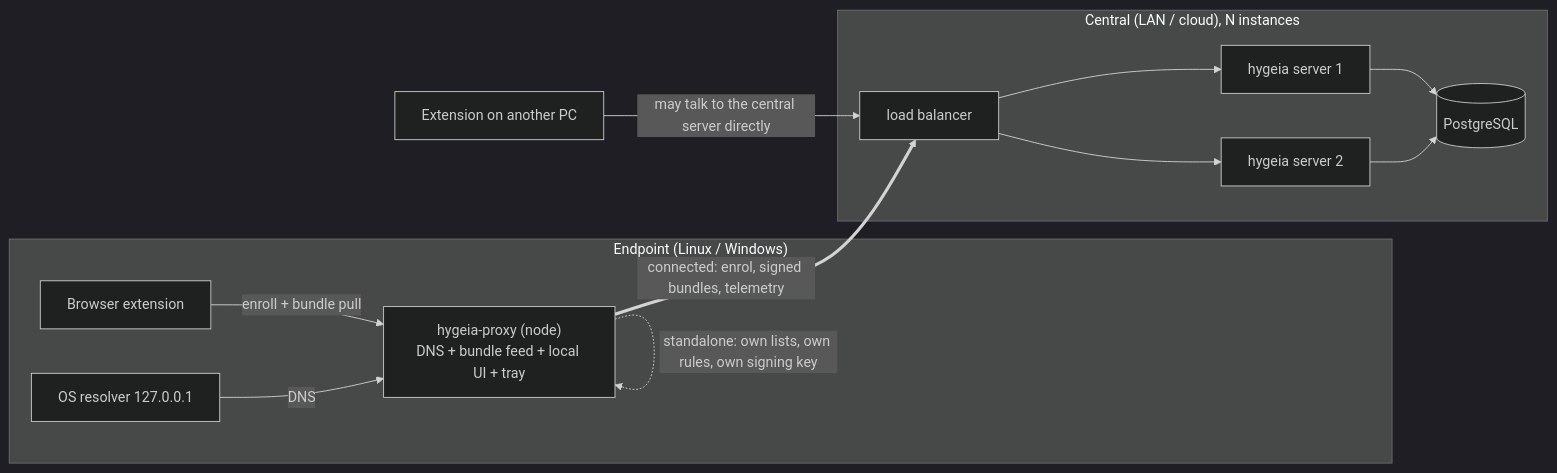
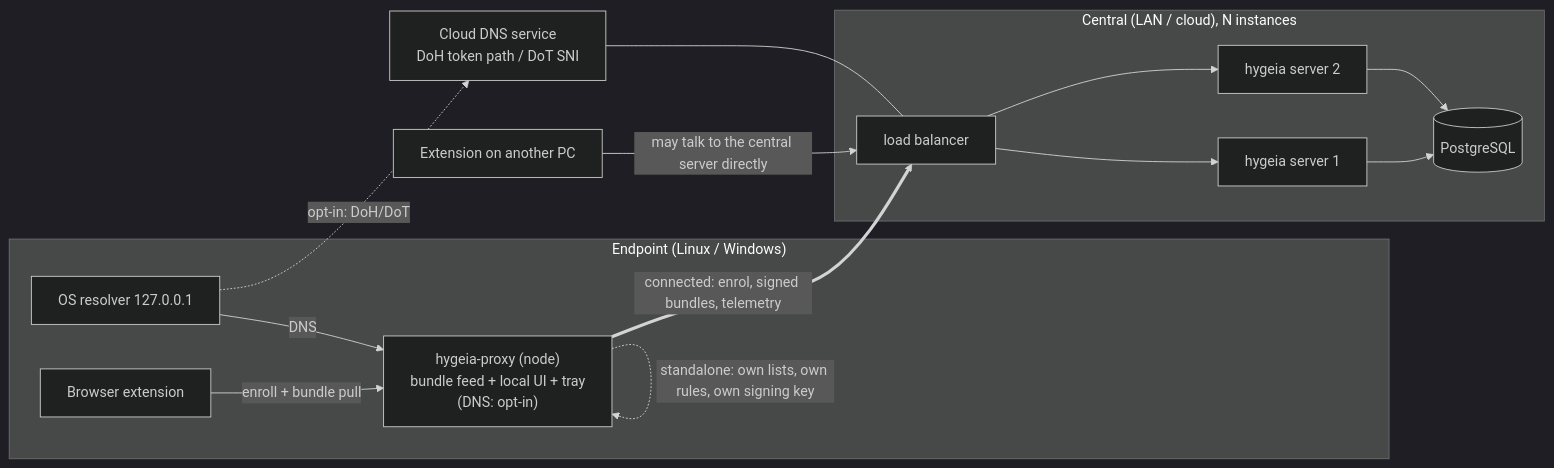
Before and after one commit to bytehawks-org/hygieia: the diagram in docs/architecture/node.md, drawn with Mermaid (dark theme). The commit also changed other lines of this file and 2 other files, not shown here.

First line of the commit message:
Node DNS is opt-in; document the cloud DNS service

````diff
--- a/docs/architecture/node.md
+++ b/docs/architecture/node.md
@@ -5,16 +7,18 @@
 ```mermaid
 flowchart LR
   subgraph PC["Endpoint (Linux / Windows)"]
     EXT[Browser extension] -->|enroll + bundle pull| NODE
     OS[OS resolver 127.0.0.1] -->|DNS| NODE
-    NODE["hygeia-proxy (node)<br/>DNS + bundle feed + local UI + tray"]
+    NODE["hygeia-proxy (node)<br/>bundle feed + local UI + tray<br/>(DNS: opt-in)"]
   end
   NODE -. standalone: own lists, own rules, own signing key .-> NODE
   NODE == connected: enrol, signed bundles, telemetry ==> LB
   subgraph CENTRAL["Central (LAN / cloud), N instances"]
     LB[load balancer] --> S1[hygeia server 1]
     LB --> S2[hygeia server 2]
     S1 & S2 --> PG[(PostgreSQL)]
   end
   EXT2[Extension on another PC] -->|may talk to the central server directly| LB
+  OS -. opt-in: DoH/DoT .-> DNSSAAS[Cloud DNS service<br/>DoH token path / DoT SNI]
+  DNSSAAS --- LB
 ```
````
